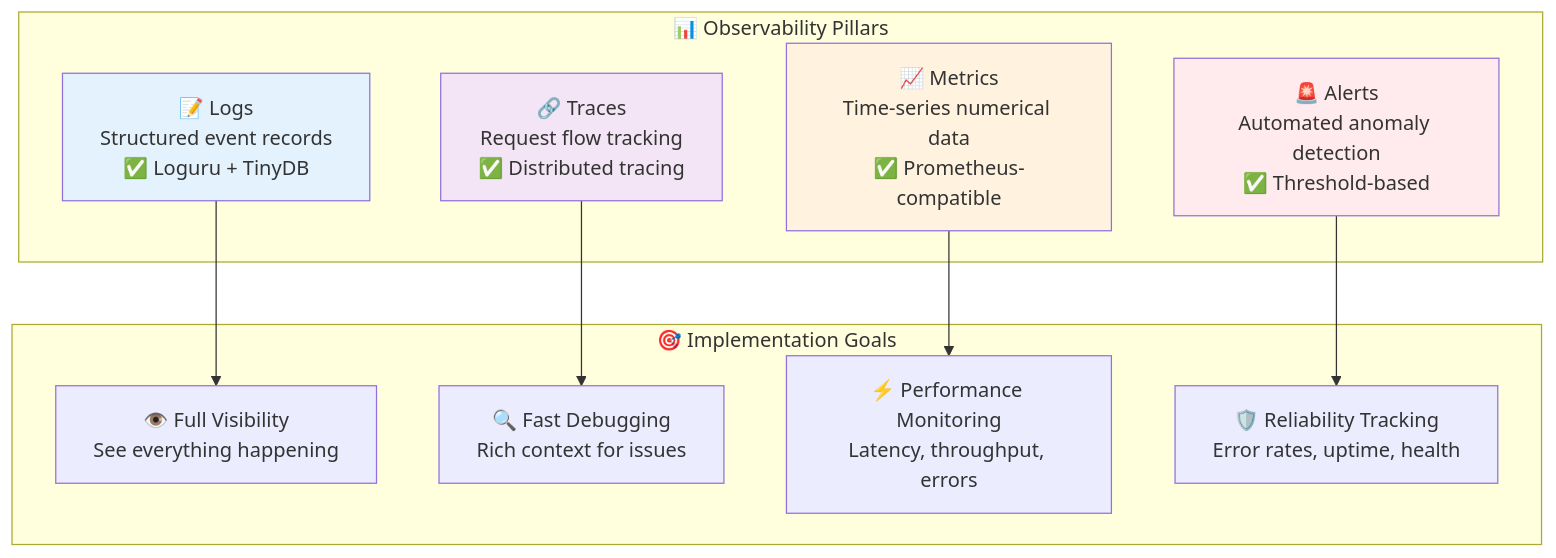
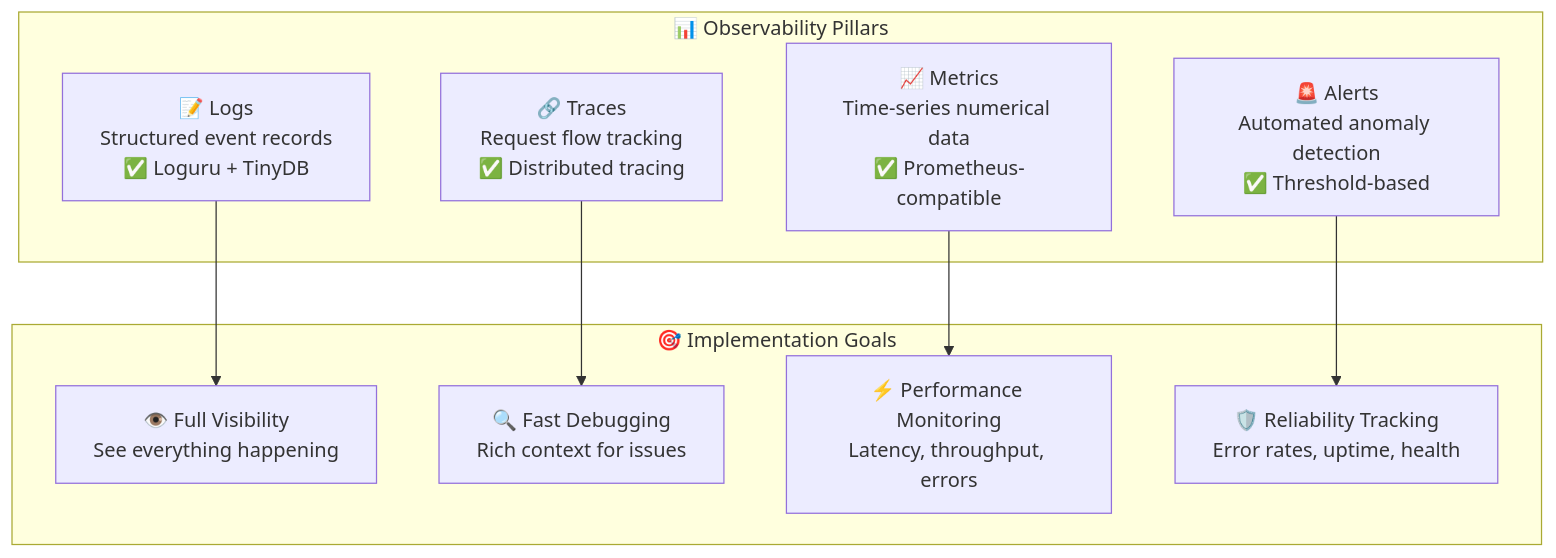
One commit to narenallam/AgenticTestGenerator changed the tenth of 13 diagrams in ARCHITECTURE.md. Above: the diagram before and after it, drawn with Mermaid. The commit also changed other lines of this file, not shown here.

````diff
--- a/ARCHITECTURE.md
+++ b/ARCHITECTURE.md
@@ -641,26 +620,22 @@
 ```mermaid
 graph TB
     subgraph "📊 Observability Pillars"
         Logs[📝 Logs<br/>Structured event records<br/>✅ Loguru + TinyDB]
         Metrics[📈 Metrics<br/>Time-series numerical data<br/>✅ Prometheus-compatible]
         Traces[🔗 Traces<br/>Request flow tracking<br/>✅ Distributed tracing]
         Alerts[🚨 Alerts<br/>Automated anomaly detection<br/>✅ Threshold-based]
     end
 
     subgraph "🎯 Implementation Goals"
         Visibility[👁️ Full Visibility<br/>See everything happening]
         Debugging[🔍 Fast Debugging<br/>Rich context for issues]
         Performance[⚡ Performance Monitoring<br/>Latency, throughput, errors]
         Reliability[🛡️ Reliability Tracking<br/>Error rates, uptime, health]
     end
 
     Logs --> Visibility
     Metrics --> Performance
     Traces --> Debugging
     Alerts --> Reliability
 
-    style Logs fill:#e3f2fd
-    style Metrics fill:#fff3e0
-    style Traces fill:#f3e5f5
-    style Alerts fill:#ffebee
 ```
````
